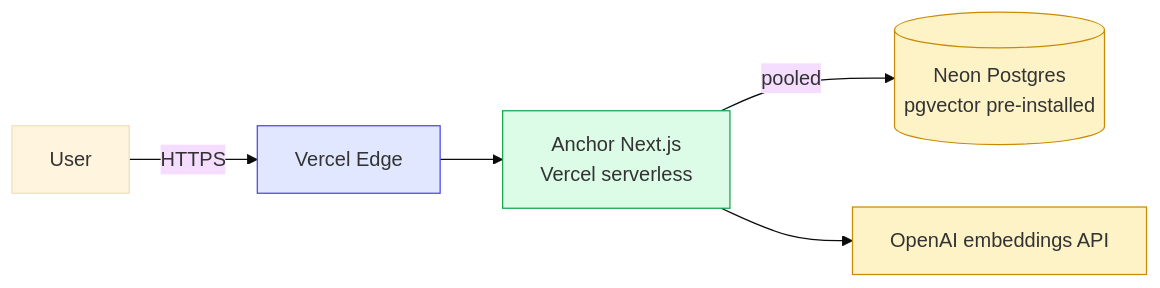
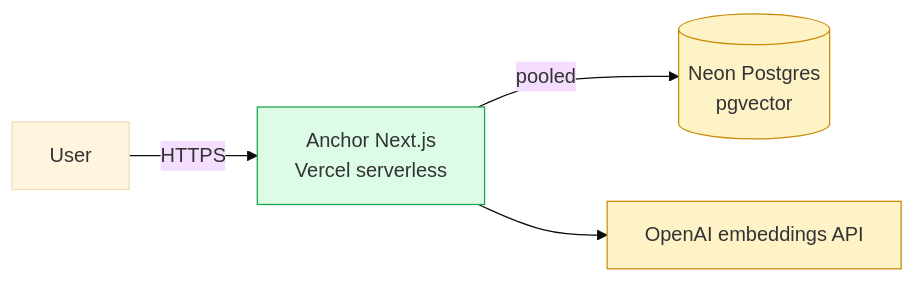
The fourth of 4 diagrams in docs/architecture.md (ykstorm/anchor), drawn with Mermaid (base theme) before and after one commit. The commit also changed other lines of this file and 50 other files, not shown here.

````diff
--- a/docs/architecture.md
+++ b/docs/architecture.md
@@ -174,15 +179,12 @@
 ```mermaid
 graph LR
-    User[User] -->|HTTPS| Edge[Vercel Edge]
-    Edge --> App[Anchor Next.js<br/>Vercel serverless]
-    App -->|pooled| Neon[(Neon Postgres<br/>pgvector pre-installed)]
+    User[User] -->|HTTPS| App[Anchor Next.js<br/>Vercel serverless]
+    App -->|pooled| Neon[(Neon Postgres<br/>pgvector)]
     App --> OpenAI[OpenAI embeddings API]
 
-    classDef edge fill:#e0e7ff,stroke:#4f46e5
     classDef compute fill:#dcfce7,stroke:#16a34a
     classDef data fill:#fef3c7,stroke:#ca8a04
 
-    class Edge edge
     class App compute
     class Neon,OpenAI data
 ```
````
